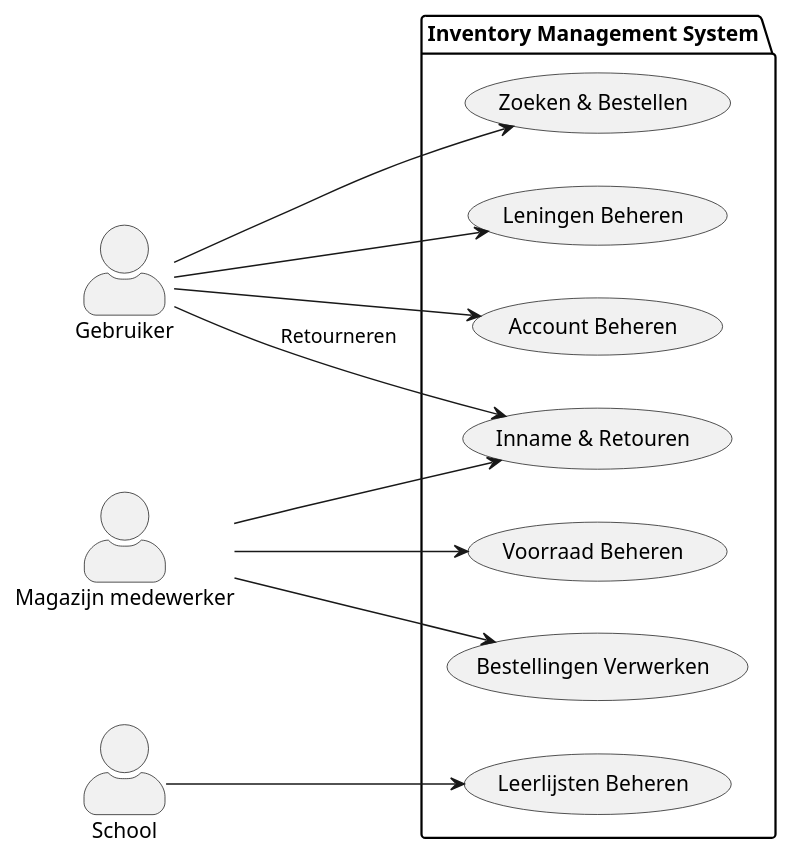
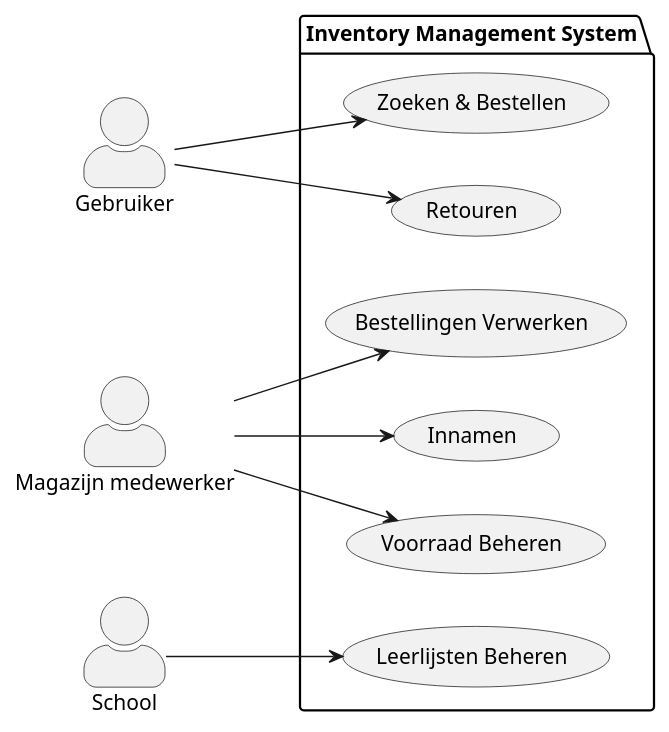
Before and after one commit to Scamspio/Scrum-3-LMS: the diagram in UML/usecase.wsd, drawn with PlantUML.

Commit message:
hopefully this works

```diff
--- a/UML/usecase.wsd
+++ b/UML/usecase.wsd
@@ -1,35 +1,32 @@
 @startuml
 left to right direction
 skinparam actorstyle awesome
 
 actor "Gebruiker" as User
 actor "Magazijn medewerker" as Staff
 actor "School" as School
 
 package "Inventory Management System" {
   
     usecase "Zoeken & Bestellen" as Order
-    usecase "Leningen Beheren" as manageLoans
-    usecase "Account Beheren" as Account
     usecase "Leerlijsten Beheren" as Booklist
     
     
     usecase "Voorraad Beheren" as Inventory
     usecase "Bestellingen Verwerken" as Process
-    usecase "Inname & Retouren" as Returns
-}
+    usecase "Retouren" as Returns
+    usecase "Innamen" as Intake
+
 
 
 User --> Order
-User --> manageLoans
-User --> Account
 
 School --> Booklist
 
 Staff --> Inventory
 Staff --> Process
-Staff --> Returns
+Staff --> Intake
 
 
-Returns <-- User : Retourneren
+Returns <-- User 
 @enduml
```
